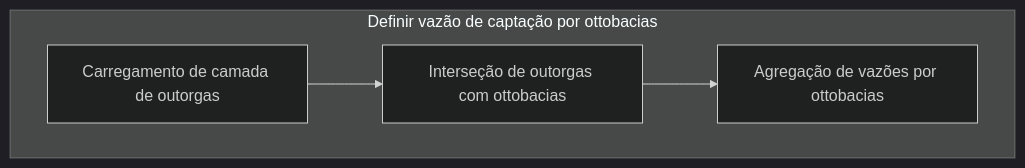
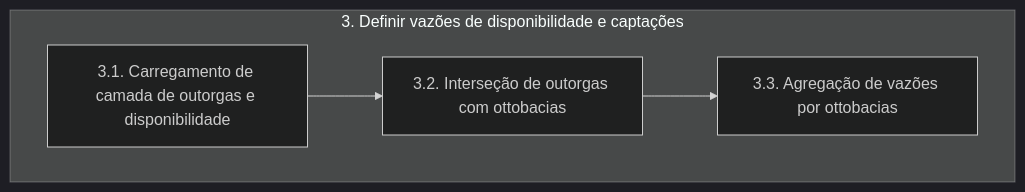
The fourth of 6 diagrams in pyqgis/documentacao.md (brunoguterres/ParaibaHidroGIS), drawn with Mermaid (dark theme) before and after one commit. The commit also changed other lines of this file and 2 other files, not shown here.

````diff
--- a/pyqgis/documentacao.md
+++ b/pyqgis/documentacao.md
@@ -161,8 +187,8 @@
 ```mermaid
     flowchart TD
-    subgraph A[Definir vazão de captação por ottobacias]
-        B[Carregamento de camada de outorgas]
-        B --> D[Interseção de outorgas com ottobacias]
-        D --> E[Agregação de vazões por ottobacias]
+    subgraph A[3. Definir vazões de disponibilidade e captações]
+        B[3.1. Carregamento de camada de outorgas e disponibilidade]
+        B --> D[3.2. Interseção de outorgas com ottobacias]
+        D --> E[3.3. Agregação de vazões por ottobacias]
     end
 ```
````
